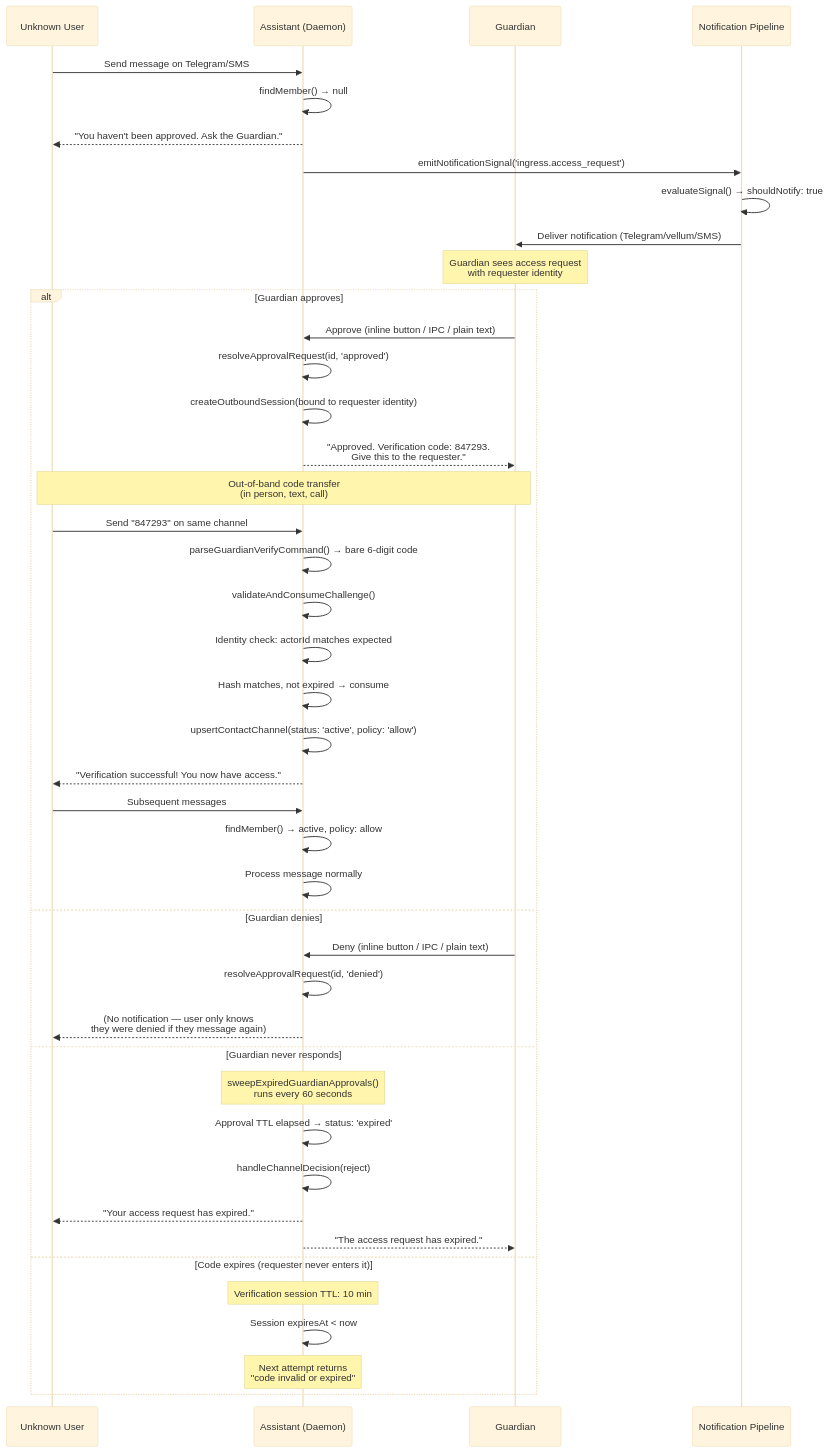
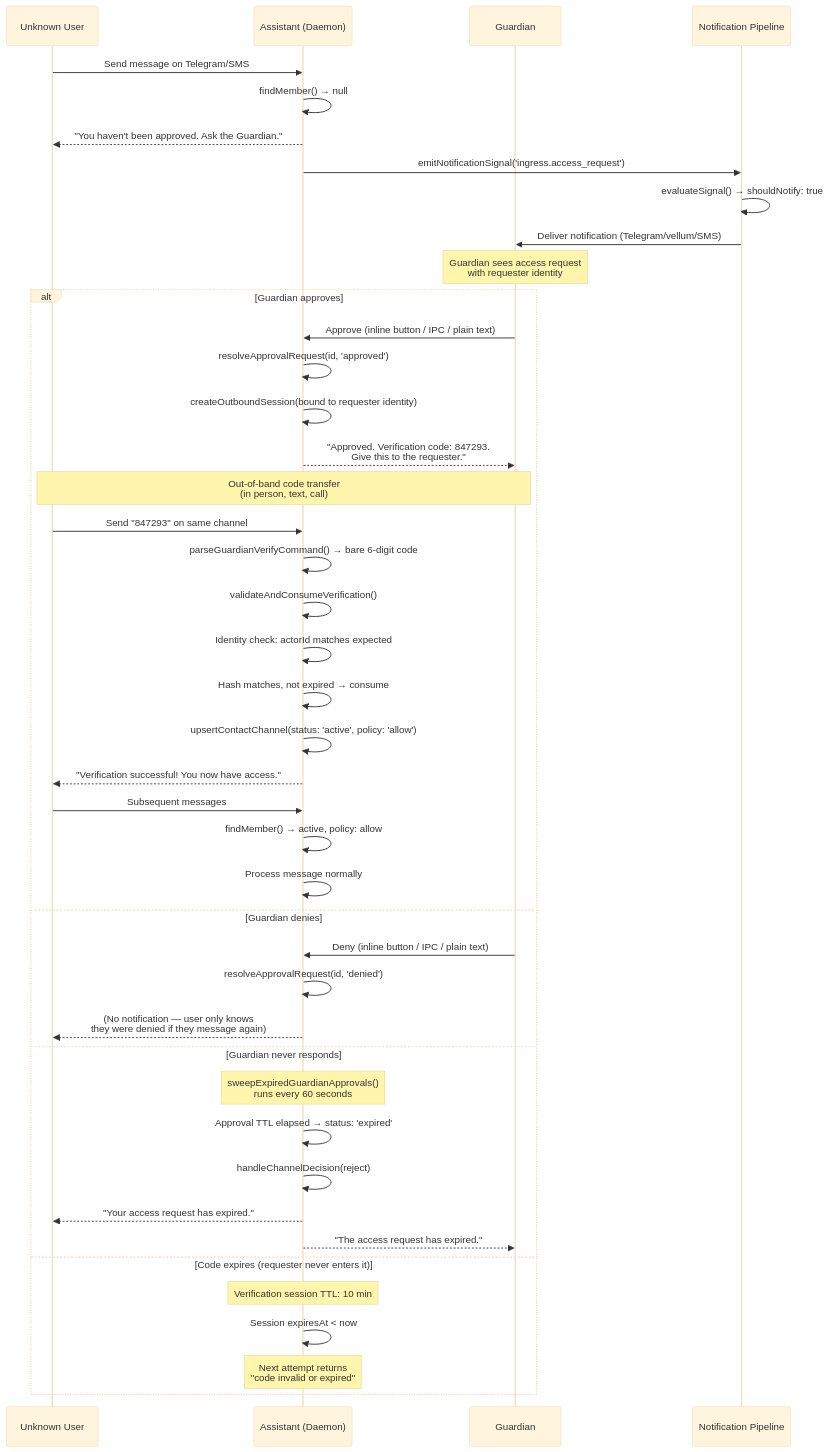
Before and after one commit to vellum-ai/vellum-assistant: the diagram in assistant/docs/trusted-contact-access.md, drawn with Mermaid (base theme). The commit also changed other lines of this file and 3 other files, not shown here.

````diff
--- a/assistant/docs/trusted-contact-access.md
+++ b/assistant/docs/trusted-contact-access.md
@@ -147,55 +147,55 @@
 ```mermaid
 sequenceDiagram
     participant U as Unknown User
     participant A as Assistant (Daemon)
     participant G as Guardian
     participant N as Notification Pipeline
 
     U->>A: Send message on Telegram/SMS
     A->>A: findMember() → null
     A-->>U: "You haven't been approved. Ask the Guardian."
 
     A->>N: emitNotificationSignal('ingress.access_request')
     N->>N: evaluateSignal() → shouldNotify: true
     N->>G: Deliver notification (Telegram/vellum/SMS)
 
     Note over G: Guardian sees access request<br/>with requester identity
 
     alt Guardian approves
         G->>A: Approve (inline button / IPC / plain text)
         A->>A: resolveApprovalRequest(id, 'approved')
         A->>A: createOutboundSession(bound to requester identity)
         A-->>G: "Approved. Verification code: 847293.<br/>Give this to the requester."
 
         Note over G,U: Out-of-band code transfer<br/>(in person, text, call)
 
         U->>A: Send "847293" on same channel
         A->>A: parseGuardianVerifyCommand() → bare 6-digit code
-        A->>A: validateAndConsumeChallenge()
+        A->>A: validateAndConsumeVerification()
         A->>A: Identity check: actorId matches expected
         A->>A: Hash matches, not expired → consume
         A->>A: upsertContactChannel(status: 'active', policy: 'allow')
         A-->>U: "Verification successful! You now have access."
 
         U->>A: Subsequent messages
         A->>A: findMember() → active, policy: allow
         A->>A: Process message normally
 
     else Guardian denies
         G->>A: Deny (inline button / IPC / plain text)
         A->>A: resolveApprovalRequest(id, 'denied')
         A-->>U: (No notification — user only knows<br/>they were denied if they message again)
 
     else Guardian never responds
         Note over A: sweepExpiredGuardianApprovals()<br/>runs every 60 seconds
         A->>A: Approval TTL elapsed → status: 'expired'
         A->>A: handleChannelDecision(reject)
         A-->>U: "Your access request has expired."
         A-->>G: "The access request has expired."
 
     else Code expires (requester never enters it)
         Note over A: Verification session TTL: 10 min
         A->>A: Session expiresAt < now
         Note over A: Next attempt returns<br/>"code invalid or expired"
     end
 ```
````
